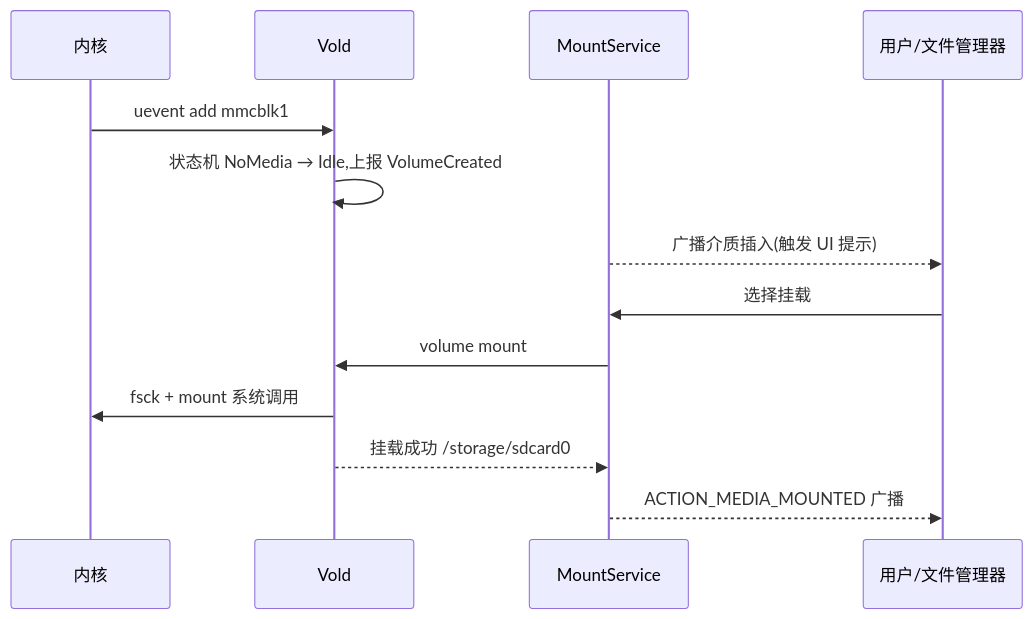
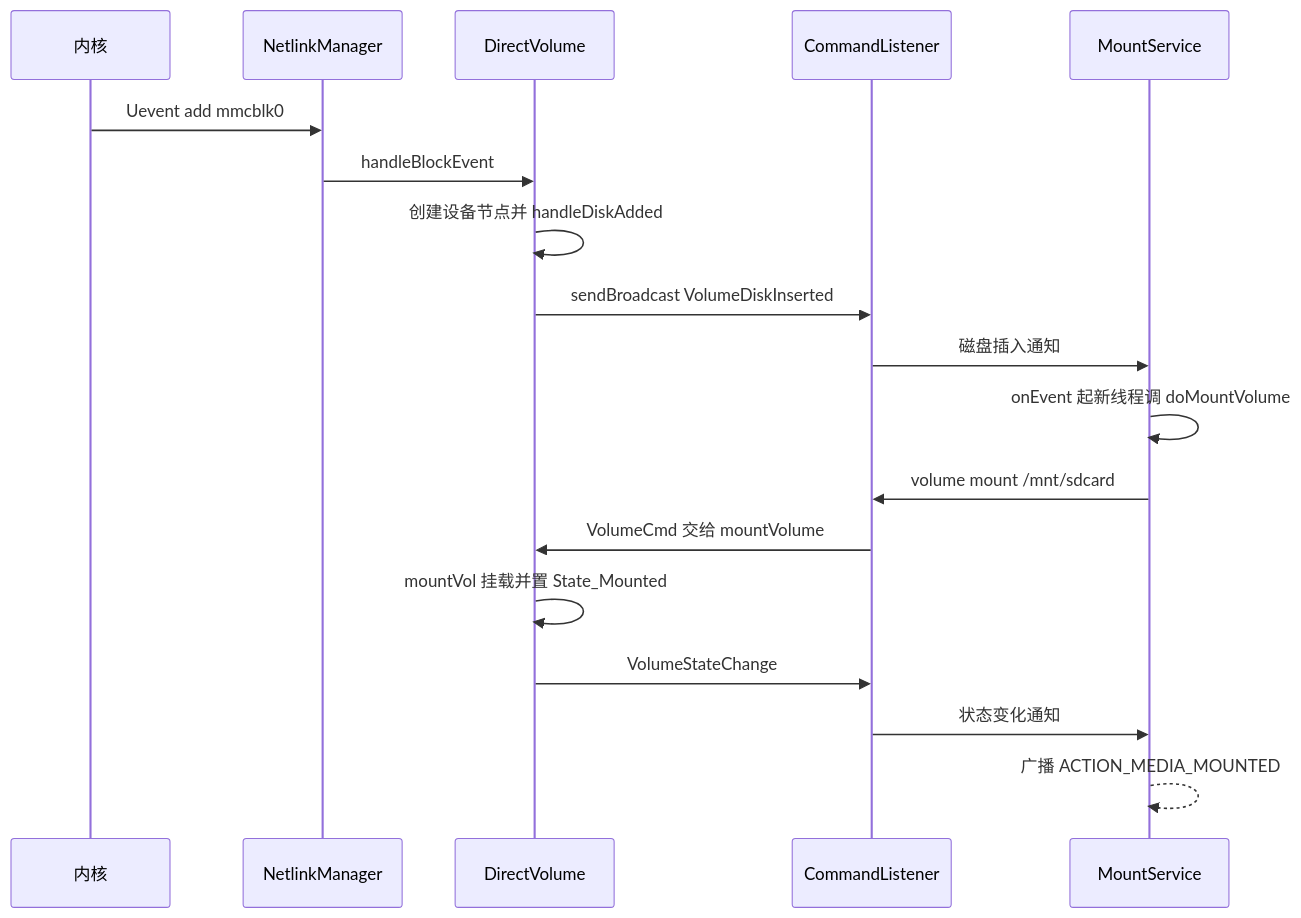
The first of 2 diagrams in Android/深入理解Android卷I/08-深入理解Vold和Rild.md (coswit/coswit.github.io), drawn with Mermaid before and after one commit. The commit also changed other lines of this file and 81 other files, not shown here.

````diff
--- a/Android/深入理解Android卷I/08-深入理解Vold和Rild.md
+++ b/Android/深入理解Android卷I/08-深入理解Vold和Rild.md
@@ -88,15 +606,20 @@
 ```mermaid
 sequenceDiagram
-    participant Kernel as 内核
-    participant Vold as Vold
+    participant K as 内核
+    participant NM as NetlinkManager
+    participant DV as DirectVolume
+    participant CL as CommandListener
     participant MS as MountService
-    participant User as 用户/文件管理器
-    Kernel->>Vold: uevent add mmcblk1
-    Vold->>Vold: 状态机 NoMedia → Idle,上报 VolumeCreated
-    MS-->>User: 广播介质插入(触发 UI 提示)
-    User->>MS: 选择挂载
-    MS->>Vold: volume mount
-    Vold->>Kernel: fsck + mount 系统调用
-    Vold-->>MS: 挂载成功 /storage/sdcard0
-    MS-->>User: ACTION_MEDIA_MOUNTED 广播
+    K->>NM: Uevent add mmcblk0
+    NM->>DV: handleBlockEvent
+    DV->>DV: 创建设备节点并 handleDiskAdded
+    DV->>CL: sendBroadcast VolumeDiskInserted
+    CL->>MS: 磁盘插入通知
+    MS->>MS: onEvent 起新线程调 doMountVolume
+    MS->>CL: volume mount /mnt/sdcard
+    CL->>DV: VolumeCmd 交给 mountVolume
+    DV->>DV: mountVol 挂载并置 State_Mounted
+    DV->>CL: VolumeStateChange
+    CL->>MS: 状态变化通知
+    MS-->>MS: 广播 ACTION_MEDIA_MOUNTED
 ```
````
